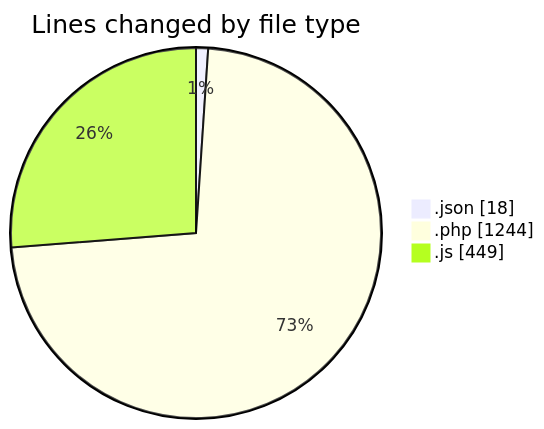
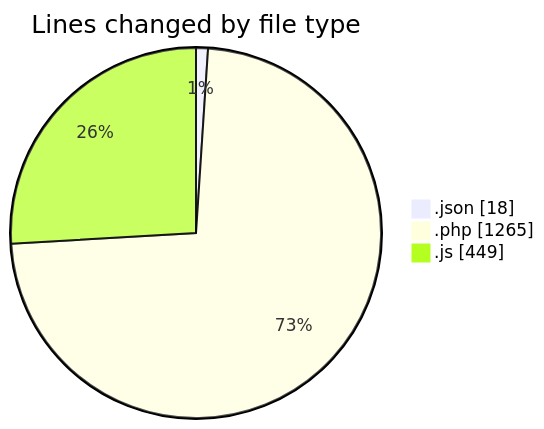
Before and after one commit to debugP/code-tracking: the first of 2 diagrams in 2025-09-26/untitled__workspace_/README.md, drawn with Mermaid. The commit also changed other lines of this file and 1 other file, not shown here.

````diff
--- a/2025-09-26/untitled__workspace_/README.md
+++ b/2025-09-26/untitled__workspace_/README.md
@@ -24,7 +24,7 @@
 ```mermaid
 pie showData
 title Lines changed by file type
 ".json" : 18
-".php" : 1244
+".php" : 1265
 ".js" : 449
 ```
````
